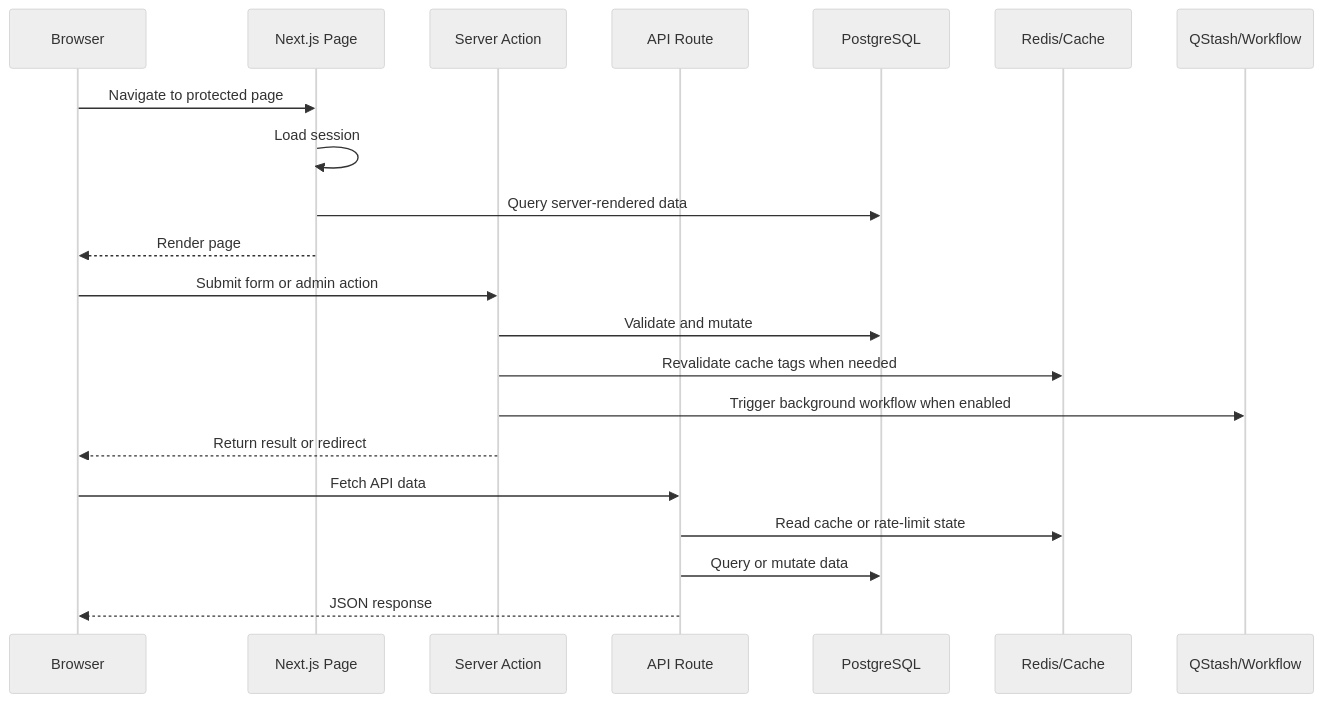
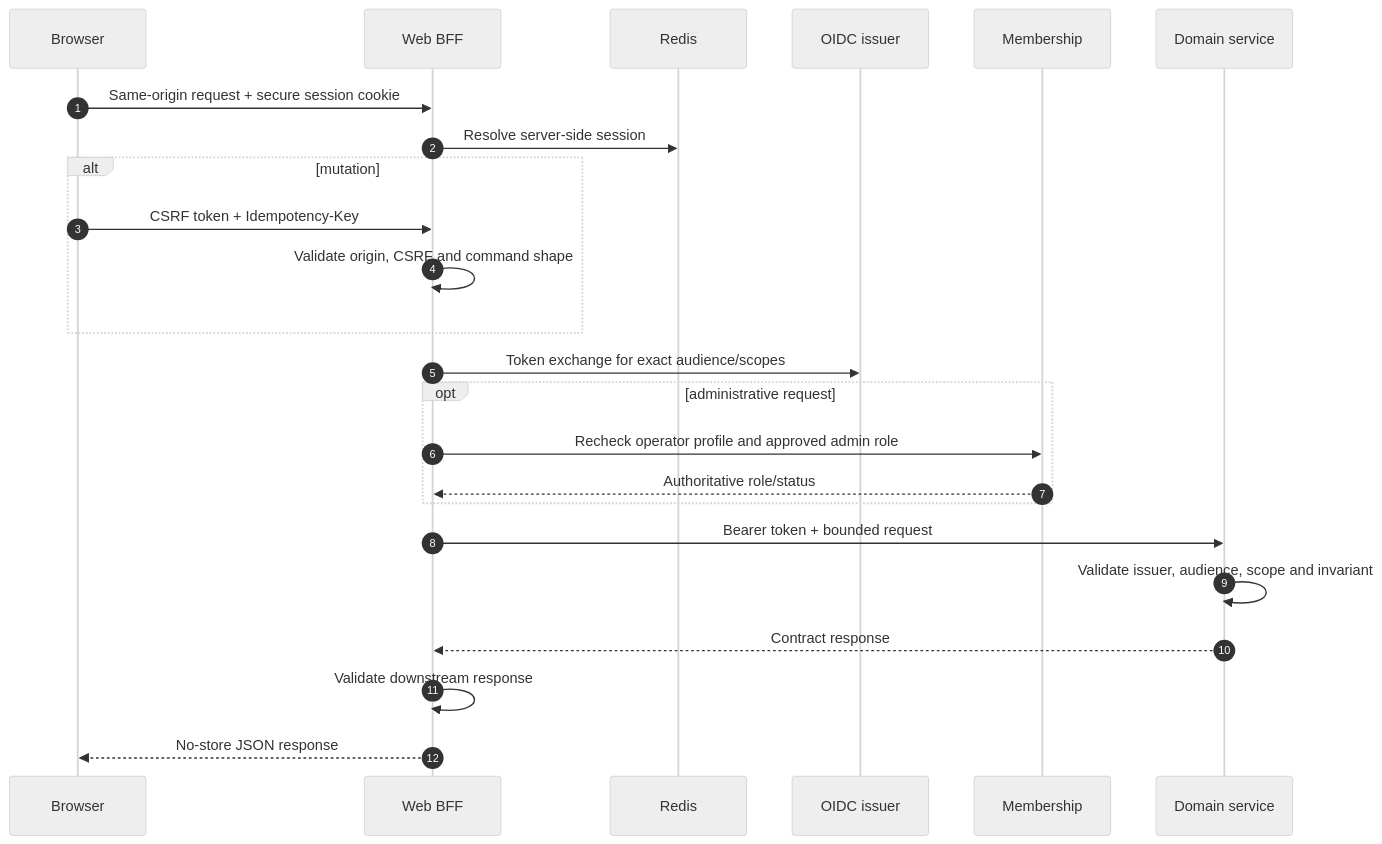
The second of 3 diagrams in docs/ARCHITECTURE.md (AnouarMohamed/Mundia_library), drawn with Mermaid (neutral theme) before and after one commit. The commit also changed other lines of this file and 43 other files, not shown here.

````diff
--- a/docs/ARCHITECTURE.md
+++ b/docs/ARCHITECTURE.md
@@ -25,26 +93,27 @@
 ```mermaid
 sequenceDiagram
-  participant B as Browser
-  participant P as Next.js Page
-  participant A as Server Action
-  participant R as API Route
-  participant DB as PostgreSQL
-  participant C as Redis/Cache
-  participant W as QStash/Workflow
+  autonumber
+  participant U as Browser
+  participant B as Web BFF
+  participant R as Redis
+  participant I as OIDC issuer
+  participant M as Membership
+  participant D as Domain service
 
-  B->>P: Navigate to protected page
-  P->>P: Load session
-  P->>DB: Query server-rendered data
-  P-->>B: Render page
-
-  B->>A: Submit form or admin action
-  A->>DB: Validate and mutate
-  A->>C: Revalidate cache tags when needed
-  A->>W: Trigger background workflow when enabled
-  A-->>B: Return result or redirect
-
-  B->>R: Fetch API data
-  R->>C: Read cache or rate-limit state
-  R->>DB: Query or mutate data
-  R-->>B: JSON response
+  U->>B: Same-origin request + secure session cookie
+  B->>R: Resolve server-side session
+  alt mutation
+    U->>B: CSRF token + Idempotency-Key
+    B->>B: Validate origin, CSRF and command shape
+  end
+  B->>I: Token exchange for exact audience/scopes
+  opt administrative request
+    B->>M: Recheck operator profile and approved admin role
+    M-->>B: Authoritative role/status
+  end
+  B->>D: Bearer token + bounded request
+  D->>D: Validate issuer, audience, scope and invariant
+  D-->>B: Contract response
+  B->>B: Validate downstream response
+  B-->>U: No-store JSON response
 ```
````
